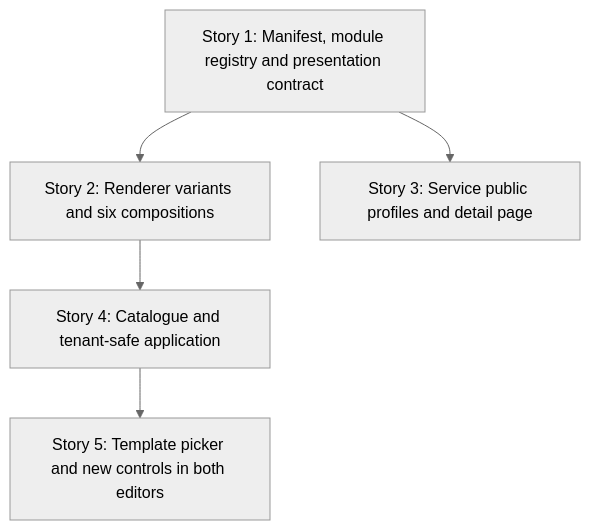
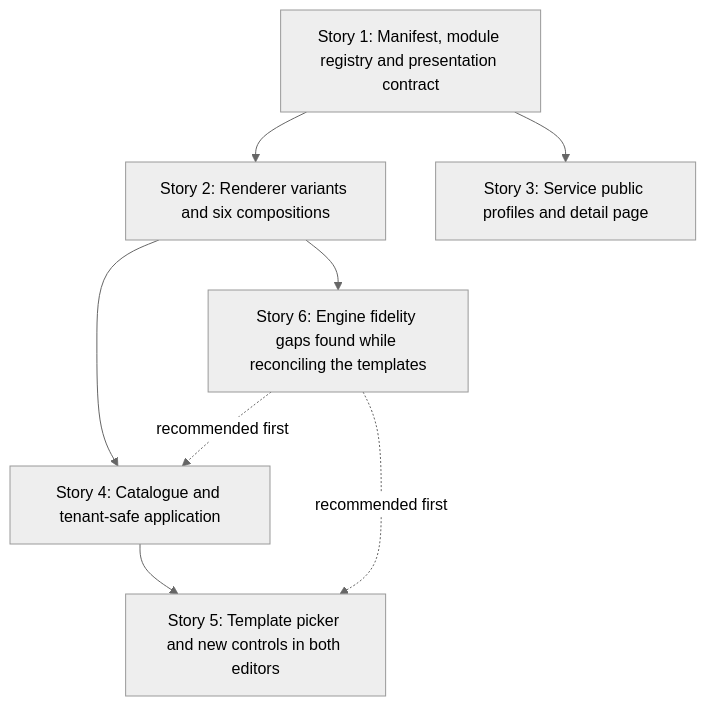
Before and after one commit to lmmoreira/ikaro: the diagram in td/TD56-HOTSITE-TEMPLATE-CATALOG-AND-SERVICE-PAGES.md, drawn with Mermaid (neutral theme). The commit also changed other lines of this file, not shown here.

First line of the commit message:
docs(hotsite): add TD56 Story 6 for engine fidelity gaps

````diff
--- a/td/TD56-HOTSITE-TEMPLATE-CATALOG-AND-SERVICE-PAGES.md
+++ b/td/TD56-HOTSITE-TEMPLATE-CATALOG-AND-SERVICE-PAGES.md
@@ -61,7 +61,10 @@
 ```mermaid
 graph TD
   S1["Story 1: Manifest, module registry and presentation contract"] --> S2["Story 2: Renderer variants and six compositions"]
   S1 --> S3["Story 3: Service public profiles and detail page"]
   S2 --> S4["Story 4: Catalogue and tenant-safe application"]
   S4 --> S5["Story 5: Template picker and new controls in both editors"]
+  S2 --> S6["Story 6: Engine fidelity gaps found while reconciling the templates"]
+  S6 -.->|recommended first| S4
+  S6 -.->|recommended first| S5
 ```
````
